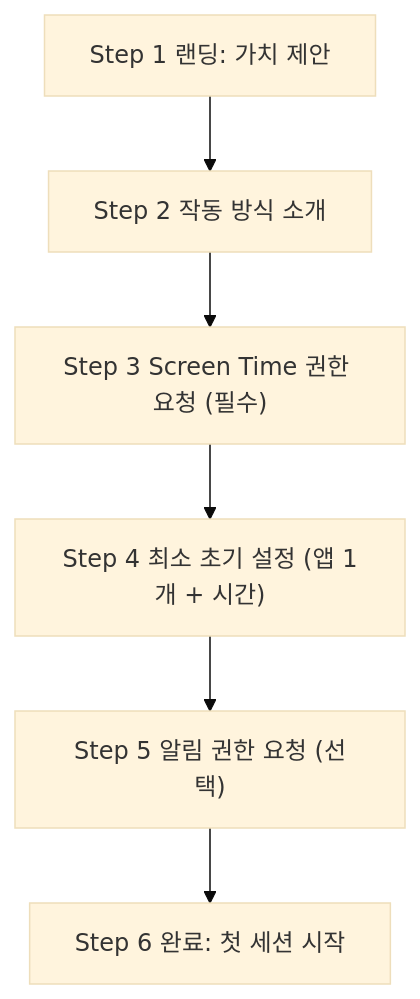
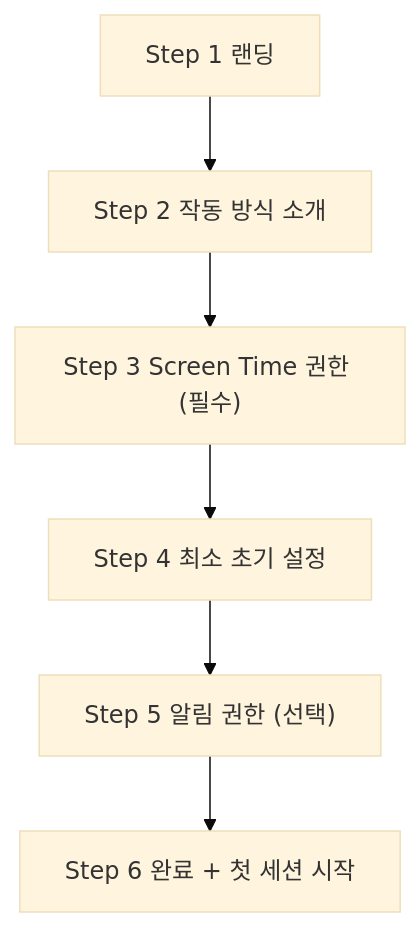
The first of 2 diagrams in docs/onboarding-permission-ux-guide.md (moonshu/Purpose-Reminder), drawn with Mermaid (base theme) before and after one commit. The commit also changed other lines of this file, not shown here.

Commit message:
feat: Revise onboarding and permission UX guide for improved clarity and flow; define new goals and metrics

````diff
--- a/docs/onboarding-permission-ux-guide.md
+++ b/docs/onboarding-permission-ux-guide.md
@@ -28,8 +28,8 @@
 ```mermaid
 flowchart TD
-    A["Step 1 랜딩: 가치 제안"] --> B["Step 2 작동 방식 소개"]
-    B --> C["Step 3 Screen Time 권한 요청 (필수)"]
-    C --> D["Step 4 최소 초기 설정 (앱 1개 + 시간)"]
-    D --> E["Step 5 알림 권한 요청 (선택)"]
-    E --> F["Step 6 완료: 첫 세션 시작"]
+    A["Step 1 랜딩"] --> B["Step 2 작동 방식 소개"]
+    B --> C["Step 3 Screen Time 권한 (필수)"]
+    C --> D["Step 4 최소 초기 설정"]
+    D --> E["Step 5 알림 권한 (선택)"]
+    E --> F["Step 6 완료 + 첫 세션 시작"]
 ```
````
